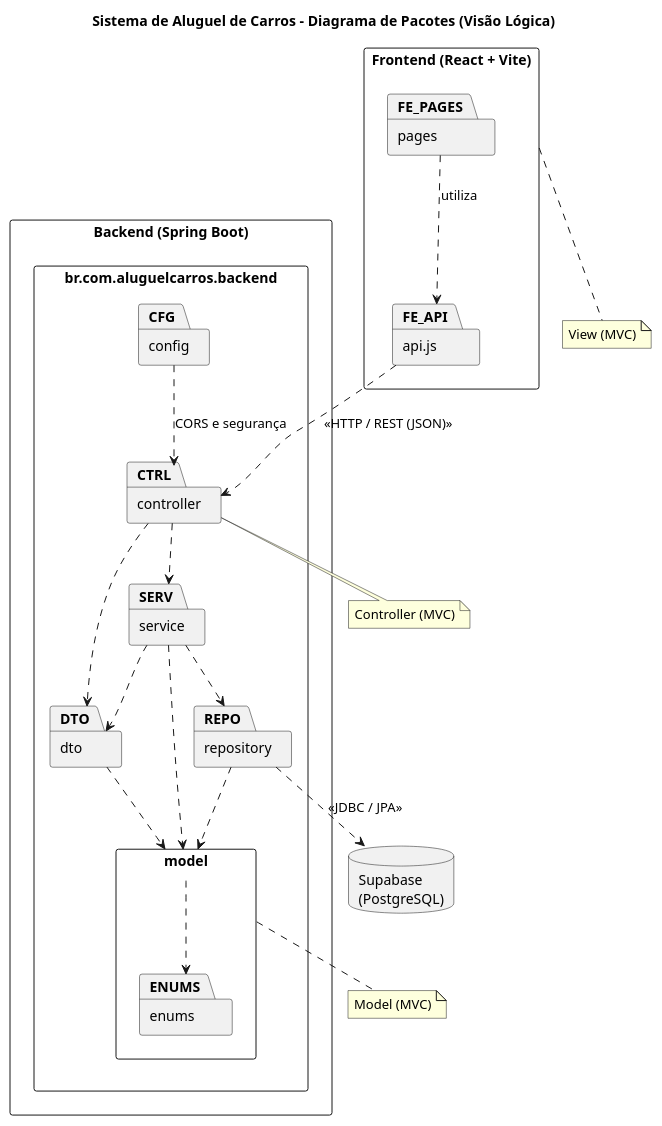
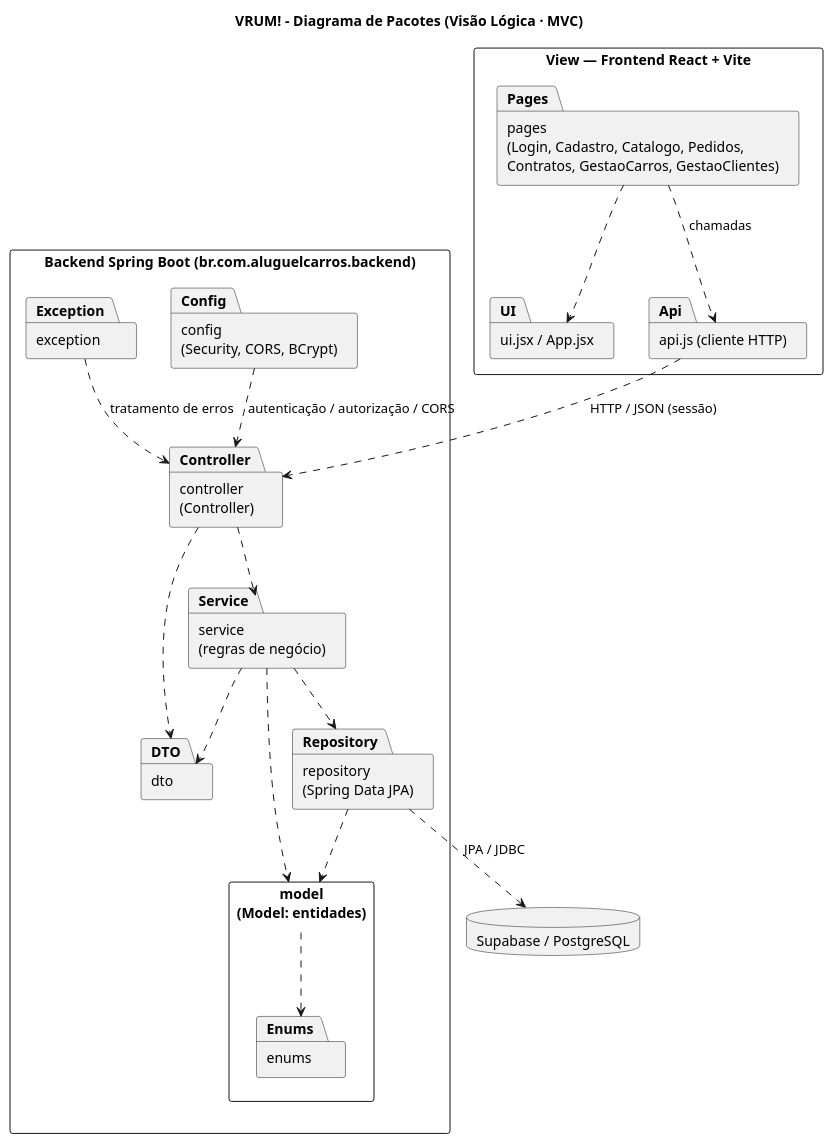
Before and after one commit to pamelanilo/Sistema_Aluguel_Carros: the diagram in docs/diagramas/Diagrama_pacotes.puml, drawn with PlantUML. The commit also changed 51 other files, not shown here.

```diff
--- a/docs/diagramas/Diagrama_pacotes.puml
+++ b/docs/diagramas/Diagrama_pacotes.puml
@@ -1,56 +1,40 @@
 @startuml
 skinparam shadowing false
 skinparam DefaultFontName Arial
 skinparam packageStyle rectangle
+title VRUM! - Diagrama de Pacotes (Visão Lógica · MVC)
 
-title Sistema de Aluguel de Carros - Diagrama de Pacotes (Visão Lógica)
-
-package "Frontend (React + Vite)" as FE {
-  package "pages" as FE_PAGES
-  package "api.js" as FE_API
+package "View — Frontend React + Vite" as View {
+  package "pages\n(Login, Cadastro, Catalogo, Pedidos,\nContratos, GestaoCarros, GestaoClientes)" as Pages
+  package "ui.jsx / App.jsx" as UI
+  package "api.js (cliente HTTP)" as Api
 }
 
-package "Backend (Spring Boot)" as BE {
-  package "br.com.aluguelcarros.backend" as BASE {
-    package "controller" as CTRL
-    package "service" as SERV
-    package "repository" as REPO
-    package "model" as MODEL {
-      package "enums" as ENUMS
-    }
-    package "dto" as DTO
-    package "config" as CFG
+package "Backend Spring Boot (br.com.aluguelcarros.backend)" {
+  package "controller\n(Controller)" as Controller
+  package "service\n(regras de negócio)" as Service
+  package "repository\n(Spring Data JPA)" as Repository
+  package "model\n(Model: entidades)" as Model {
+    package "enums" as Enums
   }
+  package "dto" as DTO
+  package "config\n(Security, CORS, BCrypt)" as Config
+  package "exception" as Exception
 }
 
-database "Supabase\n(PostgreSQL)" as DB
+database "Supabase / PostgreSQL" as DB
 
-FE_PAGES ..> FE_API : utiliza
-
-FE_API ..> CTRL : <<HTTP / REST (JSON)>>
-
-CTRL ..> SERV
-CTRL ..> DTO
-SERV ..> REPO
-SERV ..> MODEL
-SERV ..> DTO
-REPO ..> MODEL
-DTO ..> MODEL
-MODEL ..> ENUMS
-CFG ..> CTRL : CORS e segurança
-
-REPO ..> DB : <<JDBC / JPA>>
-
-note bottom of FE
-  View (MVC)
-end note
-
-note bottom of CTRL
-  Controller (MVC)
-end note
-
-note bottom of MODEL
-  Model (MVC)
-end note
-
+Pages ..> UI
+Pages ..> Api : chamadas
+Api ..> Controller : HTTP / JSON (sessão)
+Controller ..> Service
+Controller ..> DTO
+Service ..> Repository
+Service ..> Model
+Service ..> DTO
+Repository ..> Model
+Repository ..> DB : JPA / JDBC
+Model ..> Enums
+Config ..> Controller : autenticação / autorização / CORS
+Exception ..> Controller : tratamento de erros
 @enduml
```
